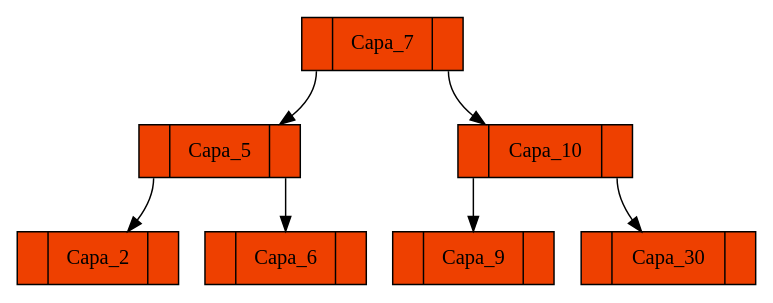
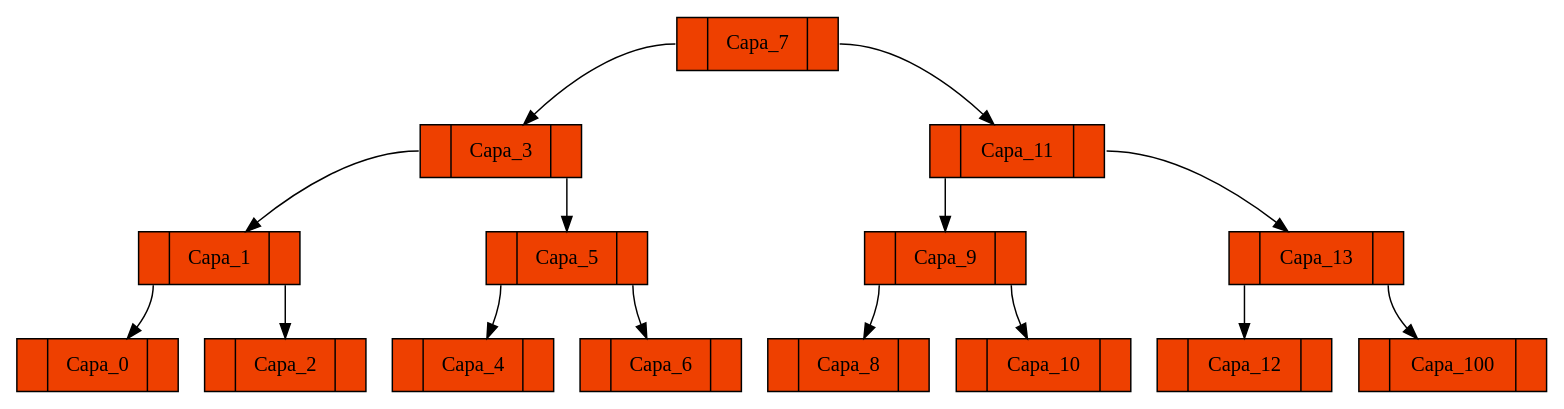
Before and after one commit to Cascarus/-EDD-Proyecto1_201603127: the diagram in [EDD]Proyecto1_201603127/ABB.dot, drawn with Graphviz. The commit also changed 44 other files, not shown here.

```diff
--- a/[EDD]Proyecto1_201603127/ABB.dot
+++ b/[EDD]Proyecto1_201603127/ABB.dot
@@ -1,23 +1,47 @@
 digraph g{
 	node [shape=record,width=.9,height=.5,style=filled,fillcolor=orangered2];
-	Node7:C0->Node5; 
-	Node7:C1->Node10; 
-	Node5:C0->Node2; 
+	Node7:C0->Node3; 
+	Node7:C1->Node11; 
+	Node3:C0->Node1; 
+	Node3:C1->Node5; 
+	Node1:C0->Node0; 
+	Node1:C1->Node2; 
+
+ 	Node0[label = "<C0>|Capa_0|<C1>"] 
+
+ 	Node2[label = "<C0>|Capa_2|<C1>"] 
+
+ 	Node1[label = "<C0>|Capa_1|<C1>"] 
+	Node5:C0->Node4; 
 	Node5:C1->Node6; 
 
- 	Node2[label = "<C0>|Capa_2|<C1>"] 
+ 	Node4[label = "<C0>|Capa_4|<C1>"] 
 
  	Node6[label = "<C0>|Capa_6|<C1>"] 
 
  	Node5[label = "<C0>|Capa_5|<C1>"] 
-	Node10:C0->Node9; 
-	Node10:C1->Node30; 
 
- 	Node9[label = "<C0>|Capa_9|<C1>"] 
+ 	Node3[label = "<C0>|Capa_3|<C1>"] 
+	Node11:C0->Node9; 
+	Node11:C1->Node13; 
+	Node9:C0->Node8; 
+	Node9:C1->Node10; 
 
- 	Node30[label = "<C0>|Capa_30|<C1>"] 
+ 	Node8[label = "<C0>|Capa_8|<C1>"] 
 
  	Node10[label = "<C0>|Capa_10|<C1>"] 
 
+ 	Node9[label = "<C0>|Capa_9|<C1>"] 
+	Node13:C0->Node12; 
+	Node13:C1->Node100; 
+
+ 	Node12[label = "<C0>|Capa_12|<C1>"] 
+
+ 	Node100[label = "<C0>|Capa_100|<C1>"] 
+
+ 	Node13[label = "<C0>|Capa_13|<C1>"] 
+
+ 	Node11[label = "<C0>|Capa_11|<C1>"] 
+
  	Node7[label = "<C0>|Capa_7|<C1>"] 
 }
```
